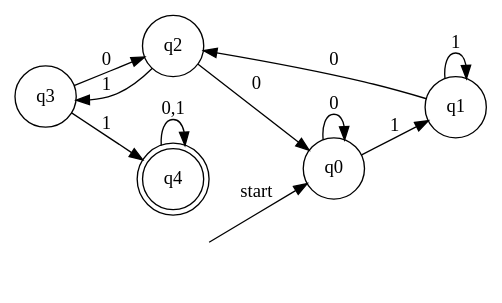
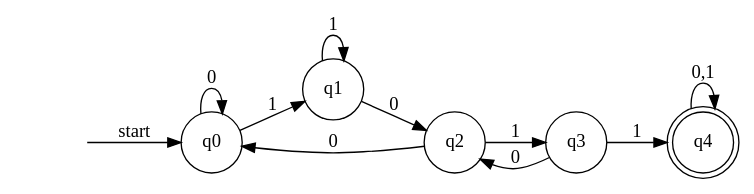
Before and after one commit to x06lan/mdbook: the seventh of 13 diagrams in src/math/formal-language/hw1.md, drawn with Graphviz. The commit also changed other lines of this file and 2 other files, not shown here.

````diff
--- a/src/math/formal-language/hw1.md
+++ b/src/math/formal-language/hw1.md
@@ -185,22 +185,23 @@
 ```dot process
 digraph finite_state_machine {
     rankdir=LR;
-    size="8,5"
+    size="10,10"
 
-    node [shape = doublecircle]; q4;
     node [shape=plaintext] s;
     s [label=""];
     node [shape = circle];
     s  -> q0 [ label = "start" ];
     q0 -> q0 [ label = "0" ];
     q0 -> q1 [ label = "1" ];
     q1 -> q1 [ label = "1" ];
     q1 -> q2 [ label = "0" ];
     q2 -> q0 [ label = "0" ];
     q2 -> q3 [ label = "1" ];
     q3 -> q2 [ label = "0" ];
+
+    node [shape = doublecircle]; q4;
     q3 -> q4 [ label = "1" ];
     q4 -> q4 [ label = "0,1" ];
 
 }
 ```
````
